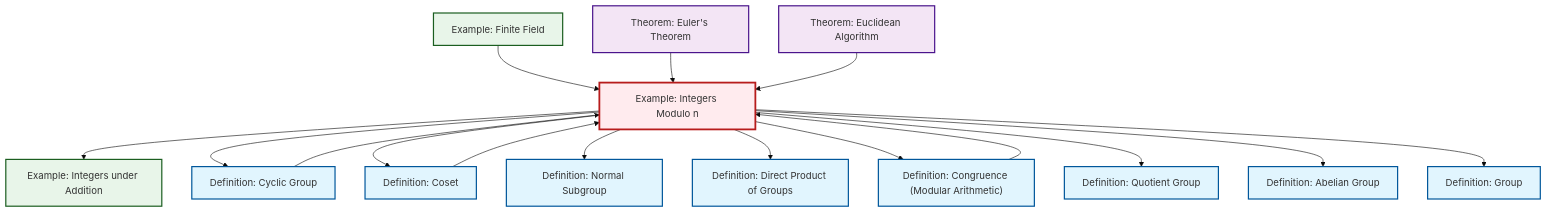
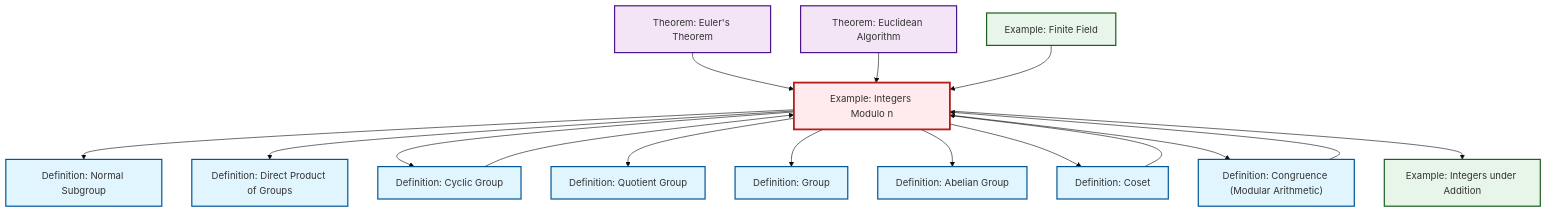
One commit to RK0429/ModernMath changed the diagram in content/en/algebra/ex-quotient-integers-mod-n.qmd. Above: the diagram before and after it, drawn with Mermaid (base theme). The commit also changed other lines of this file and 497 other files, not shown here.

````diff
--- a/content/en/algebra/ex-quotient-integers-mod-n.qmd
+++ b/content/en/algebra/ex-quotient-integers-mod-n.qmd
@@ -133,50 +133,50 @@
 ```{mermaid}
 %%| fig-cap: "Local dependency graph"
 graph TD
     classDef definition fill:#e1f5fe,stroke:#01579b,stroke-width:2px
     classDef theorem fill:#f3e5f5,stroke:#4a148c,stroke-width:2px
     classDef axiom fill:#fff3e0,stroke:#e65100,stroke-width:2px
     classDef example fill:#e8f5e9,stroke:#1b5e20,stroke-width:2px
     classDef current fill:#ffebee,stroke:#b71c1c,stroke-width:3px
     def-normal-subgroup["Definition: Normal Subgroup"]:::definition
-    def-quotient-group["Definition: Quotient Group"]:::definition
-    thm-euler["Theorem: Euler's Theorem"]:::theorem
-    def-abelian-group["Definition: Abelian Group"]:::definition
-    ex-integers-addition["Example: Integers under Addition"]:::example
     ex-quotient-integers-mod-n["Example: Integers Modulo n"]:::example
     def-coset["Definition: Coset"]:::definition
+    def-quotient-group["Definition: Quotient Group"]:::definition
+    ex-integers-addition["Example: Integers under Addition"]:::example
+    thm-euler["Theorem: Euler's Theorem"]:::theorem
+    def-cyclic-group["Definition: Cyclic Group"]:::definition
+    def-group["Definition: Group"]:::definition
+    def-congruence["Definition: Congruence (Modular Arithmetic)"]:::definition
     ex-finite-field["Example: Finite Field"]:::example
-    def-congruence["Definition: Congruence (Modular Arithmetic)"]:::definition
-    def-cyclic-group["Definition: Cyclic Group"]:::definition
+    def-abelian-group["Definition: Abelian Group"]:::definition
     def-direct-product["Definition: Direct Product of Groups"]:::definition
-    def-group["Definition: Group"]:::definition
     thm-euclidean-algorithm["Theorem: Euclidean Algorithm"]:::theorem
-    ex-quotient-integers-mod-n --> ex-integers-addition
-    def-congruence --> ex-quotient-integers-mod-n
+    def-cyclic-group --> ex-quotient-integers-mod-n
+    thm-euler --> ex-quotient-integers-mod-n
+    ex-quotient-integers-mod-n --> def-normal-subgroup
+    ex-quotient-integers-mod-n --> def-direct-product
     ex-quotient-integers-mod-n --> def-cyclic-group
-    ex-quotient-integers-mod-n --> def-coset
-    ex-quotient-integers-mod-n --> def-normal-subgroup
-    def-cyclic-group --> ex-quotient-integers-mod-n
-    ex-quotient-integers-mod-n --> def-direct-product
-    ex-finite-field --> ex-quotient-integers-mod-n
-    thm-euler --> ex-quotient-integers-mod-n
     thm-euclidean-algorithm --> ex-quotient-integers-mod-n
     def-coset --> ex-quotient-integers-mod-n
+    def-congruence --> ex-quotient-integers-mod-n
+    ex-quotient-integers-mod-n --> def-quotient-group
+    ex-finite-field --> ex-quotient-integers-mod-n
+    ex-quotient-integers-mod-n --> def-group
+    ex-quotient-integers-mod-n --> def-abelian-group
+    ex-quotient-integers-mod-n --> def-coset
     ex-quotient-integers-mod-n --> def-congruence
-    ex-quotient-integers-mod-n --> def-quotient-group
-    ex-quotient-integers-mod-n --> def-abelian-group
-    ex-quotient-integers-mod-n --> def-group
+    ex-quotient-integers-mod-n --> ex-integers-addition
     class ex-quotient-integers-mod-n current
     click def-normal-subgroup "def-normal-subgroup.html" "Go to Normal Subgroup definition"
+    click def-coset "def-coset.html" "Go to Coset definition"
     click def-quotient-group "def-quotient-group.html" "Go to Quotient Group definition"
+    click ex-integers-addition "ex-integers-addition.html" "Go to Integers under Addition example"
     click thm-euler "thm-euler.html" "Go to Euler's Theorem theorem"
+    click def-cyclic-group "def-cyclic-group.html" "Go to Cyclic Group definition"
+    click def-group "def-group.html" "Go to Group definition"
+    click def-congruence "def-congruence.html" "Go to Congruence (Modular Arithmetic) definition"
+    click ex-finite-field "ex-finite-field.html" "Go to Finite Field example"
     click def-abelian-group "def-abelian-group.html" "Go to Abelian Group definition"
-    click ex-integers-addition "ex-integers-addition.html" "Go to Integers under Addition example"
-    click def-coset "def-coset.html" "Go to Coset definition"
-    click ex-finite-field "ex-finite-field.html" "Go to Finite Field example"
-    click def-congruence "def-congruence.html" "Go to Congruence (Modular Arithmetic) definition"
-    click def-cyclic-group "def-cyclic-group.html" "Go to Cyclic Group definition"
     click def-direct-product "def-direct-product.html" "Go to Direct Product of Groups definition"
-    click def-group "def-group.html" "Go to Group definition"
     click thm-euclidean-algorithm "thm-euclidean-algorithm.html" "Go to Euclidean Algorithm theorem"
 ```
````
